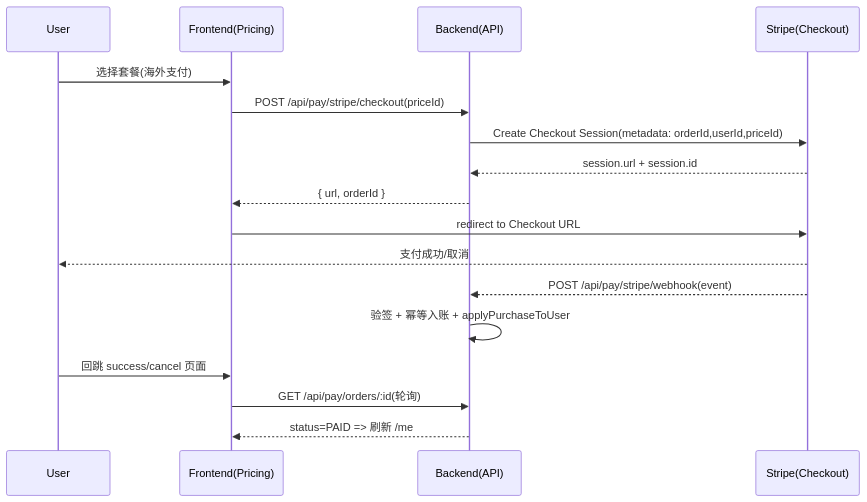
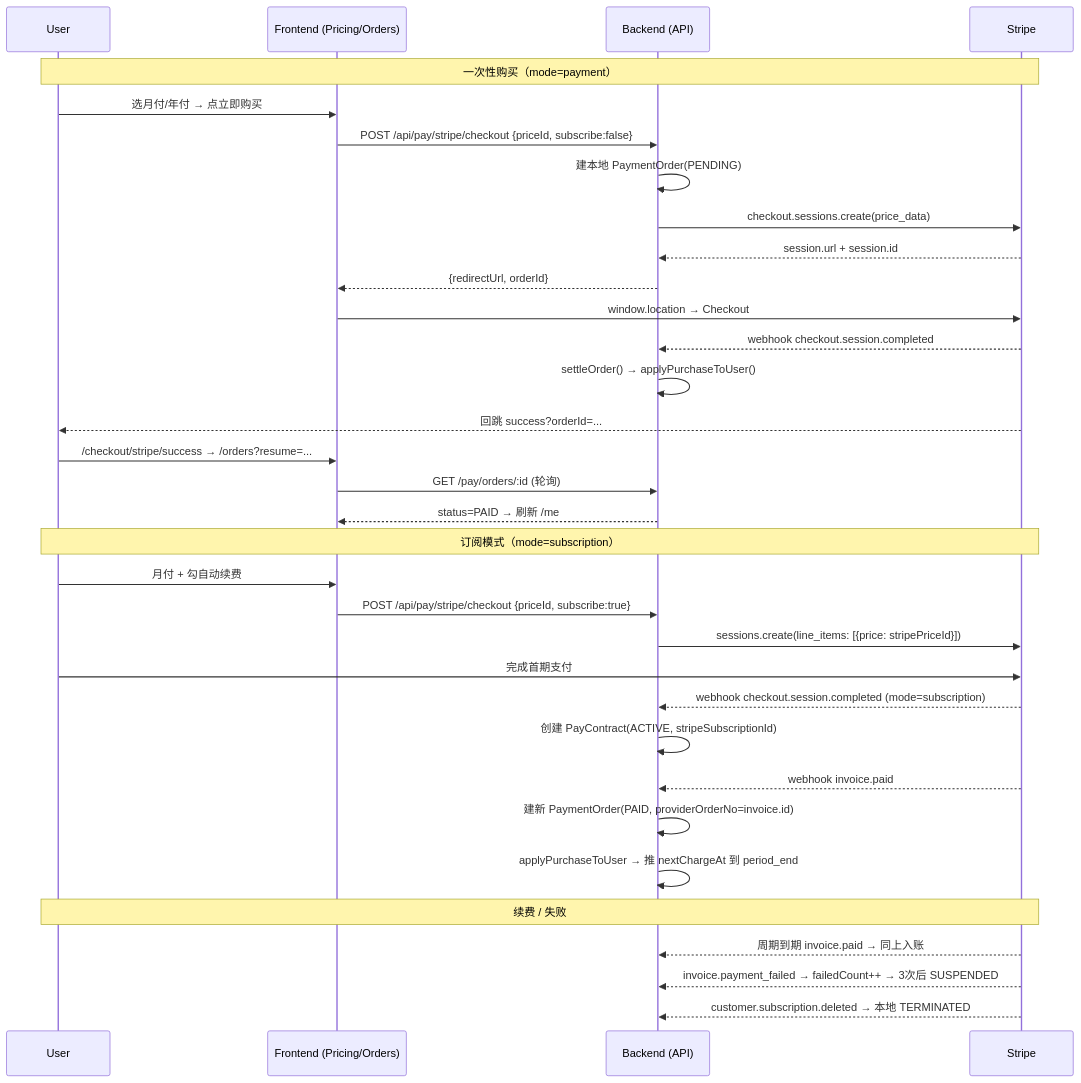
One commit to kk-fenglai/delf-B2-website changed the diagram in 支付功能.md. Above: the diagram before and after it, drawn with Mermaid. The commit also changed other lines of this file and 39 other files, not shown here.

First line of the commit message:
feat(payments): improve Stripe checkout and admin pricing

````diff
--- a/支付功能.md
+++ b/支付功能.md
@@ -263,20 +315,38 @@
 ```mermaid
 sequenceDiagram
-  participant User as User
-  participant FE as Frontend(Pricing)
-  participant BE as Backend(API)
-  participant Stripe as Stripe(Checkout)
+  participant User
+  participant FE as Frontend (Pricing/Orders)
+  participant BE as Backend (API)
+  participant Stripe
 
-  User->>FE: 选择套餐(海外支付)
-  FE->>BE: POST /api/pay/stripe/checkout(priceId)
-  BE->>Stripe: Create Checkout Session(metadata: orderId,userId,priceId)
+  Note over User,Stripe: 一次性购买（mode=payment）
+  User->>FE: 选月付/年付 → 点立即购买
+  FE->>BE: POST /api/pay/stripe/checkout {priceId, subscribe:false}
+  BE->>BE: 建本地 PaymentOrder(PENDING)
+  BE->>Stripe: checkout.sessions.create(price_data)
   Stripe-->>BE: session.url + session.id
-  BE-->>FE: { url, orderId }
-  FE->>Stripe: redirect to Checkout URL
-  Stripe-->>User: 支付成功/取消
-  Stripe-->>BE: POST /api/pay/stripe/webhook(event)
-  BE->>BE: 验签 + 幂等入账 + applyPurchaseToUser
-  User->>FE: 回跳 success/cancel 页面
-  FE->>BE: GET /api/pay/orders/:id(轮询)
-  BE-->>FE: status=PAID => 刷新 /me
+  BE-->>FE: {redirectUrl, orderId}
+  FE->>Stripe: window.location → Checkout
+  Stripe-->>BE: webhook checkout.session.completed
+  BE->>BE: settleOrder() → applyPurchaseToUser()
+  Stripe-->>User: 回跳 success?orderId=...
+  User->>FE: /checkout/stripe/success → /orders?resume=...
+  FE->>BE: GET /pay/orders/:id (轮询)
+  BE-->>FE: status=PAID → 刷新 /me
+
+  Note over User,Stripe: 订阅模式（mode=subscription）
+  User->>FE: 月付 + 勾自动续费
+  FE->>BE: POST /api/pay/stripe/checkout {priceId, subscribe:true}
+  BE->>Stripe: sessions.create(line_items: [{price: stripePriceId}])
+  User->>Stripe: 完成首期支付
+  Stripe-->>BE: webhook checkout.session.completed (mode=subscription)
+  BE->>BE: 创建 PayContract(ACTIVE, stripeSubscriptionId)
+  Stripe-->>BE: webhook invoice.paid
+  BE->>BE: 建新 PaymentOrder(PAID, providerOrderNo=invoice.id)
+  BE->>BE: applyPurchaseToUser → 推 nextChargeAt 到 period_end
+
+  Note over User,Stripe: 续费 / 失败
+  Stripe-->>BE: 周期到期 invoice.paid → 同上入账
+  Stripe-->>BE: invoice.payment_failed → failedCount++ → 3次后 SUSPENDED
+  Stripe-->>BE: customer.subscription.deleted → 本地 TERMINATED
 ```
````
